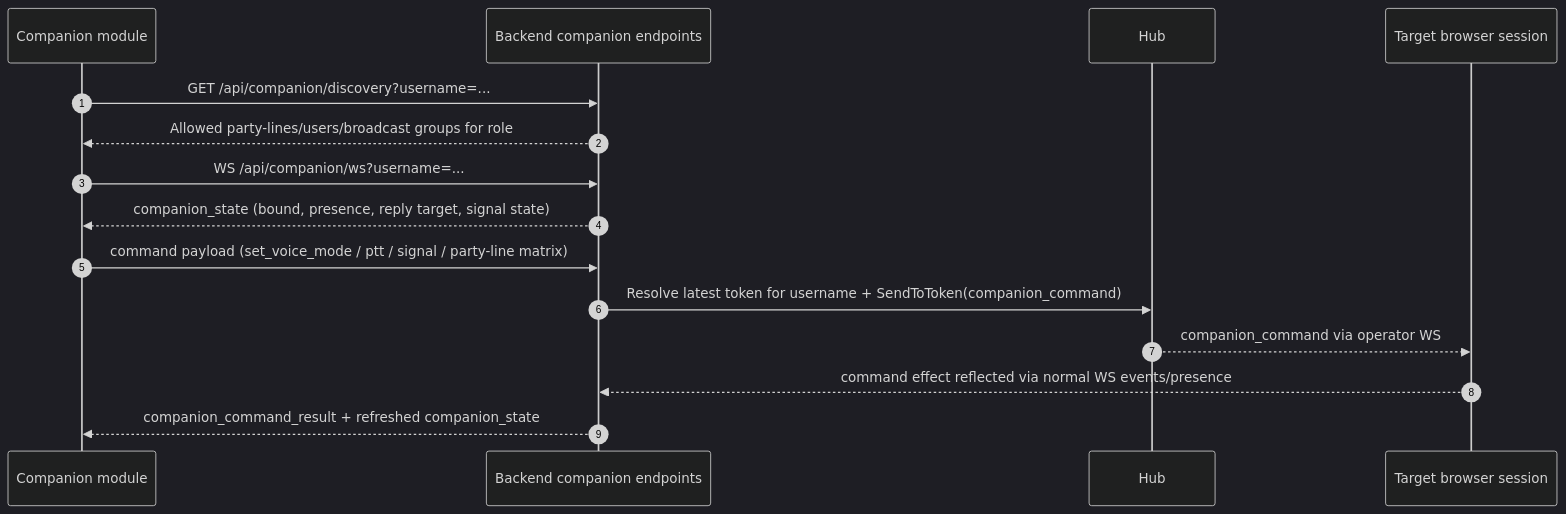
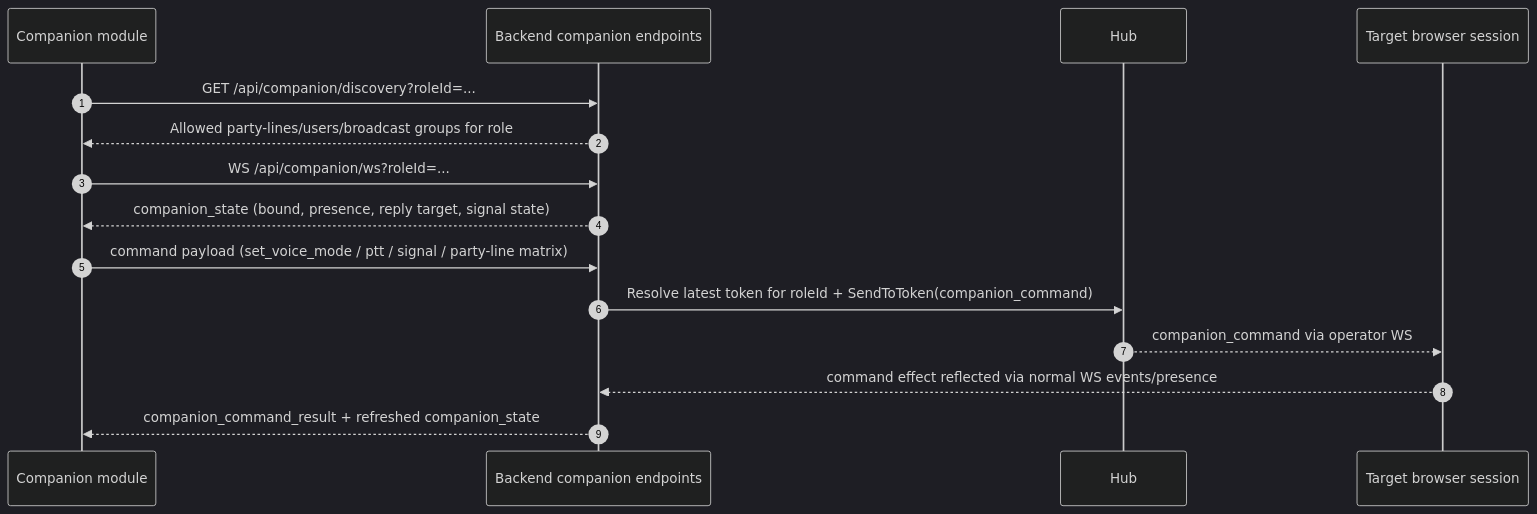
One commit to KesherCom/kesher changed the third of 4 diagrams in docs/architecture-flow-diagram.md. Above: the diagram before and after it, drawn with Mermaid (dark theme). The commit also changed other lines of this file and 5 other files, not shown here.

Commit message:
feat(companion): switch bridge binding to roleId with username fallback

````diff
--- a/docs/architecture-flow-diagram.md
+++ b/docs/architecture-flow-diagram.md
@@ -162,18 +162,18 @@
 ```mermaid
 sequenceDiagram
   autonumber
   participant MOD as Companion module
   participant API as Backend companion endpoints
   participant HUB as Hub
   participant FE as Target browser session
 
-  MOD->>API: GET /api/companion/discovery?username=...
+  MOD->>API: GET /api/companion/discovery?roleId=...
   API-->>MOD: Allowed party-lines/users/broadcast groups for role
-  MOD->>API: WS /api/companion/ws?username=...
+  MOD->>API: WS /api/companion/ws?roleId=...
   API-->>MOD: companion_state (bound, presence, reply target, signal state)
   MOD->>API: command payload (set_voice_mode / ptt / signal / party-line matrix)
-  API->>HUB: Resolve latest token for username + SendToToken(companion_command)
+  API->>HUB: Resolve latest token for roleId + SendToToken(companion_command)
   HUB-->>FE: companion_command via operator WS
   FE-->>API: command effect reflected via normal WS events/presence
   API-->>MOD: companion_command_result + refreshed companion_state
 ```
````
